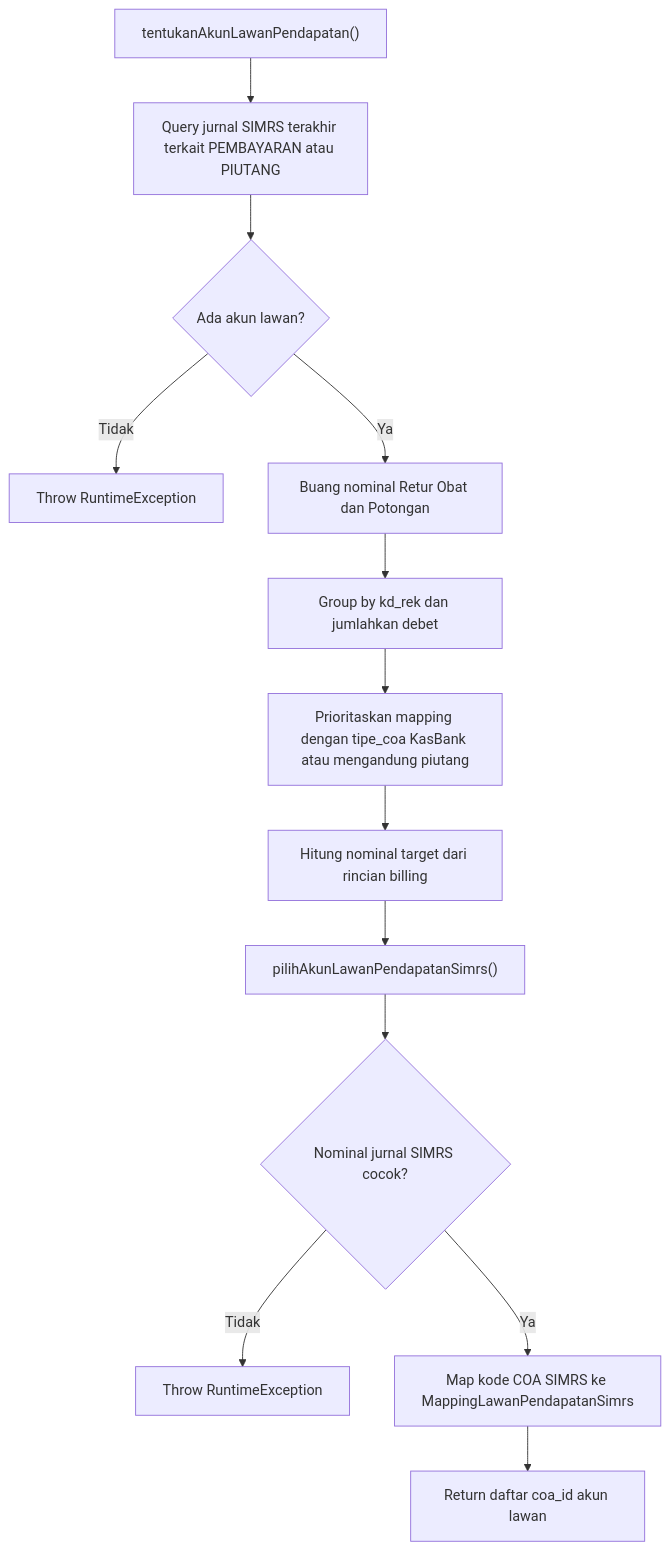
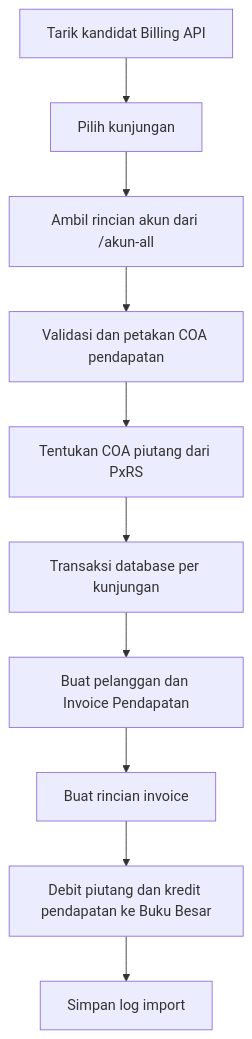
Before and after one commit to AltamaSidoarjo/laravel-siakurat-pt-smt: the diagram in dokumentasi/bridging-pendapatan.md, drawn with Mermaid. The commit also changed other lines of this file and 9 other files, not shown here.

First line of the commit message:
Refactor invoice import functionality and update UI components

````diff
--- a/dokumentasi/bridging-pendapatan.md
+++ b/dokumentasi/bridging-pendapatan.md
@@ -174,15 +28,12 @@
 ```mermaid
 flowchart TD
-    A["tentukanAkunLawanPendapatan()"] --> B["Query jurnal SIMRS terakhir terkait PEMBAYARAN atau PIUTANG"]
-    B --> C{"Ada akun lawan?"}
-    C -- Tidak --> D["Throw RuntimeException"]
-    C -- Ya --> E["Buang nominal Retur Obat dan Potongan"]
-    E --> F["Group by kd_rek dan jumlahkan debet"]
-    F --> G["Prioritaskan mapping dengan tipe_coa KasBank atau mengandung piutang"]
-    G --> H["Hitung nominal target dari rincian billing"]
-    H --> I["pilihAkunLawanPendapatanSimrs()"]
-    I --> J{"Nominal jurnal SIMRS cocok?"}
-    J -- Tidak --> K["Throw RuntimeException"]
-    J -- Ya --> L["Map kode COA SIMRS ke MappingLawanPendapatanSimrs"]
-    L --> M["Return daftar coa_id akun lawan"]
+    A[Tarik kandidat Billing API] --> B[Pilih kunjungan]
+    B --> C[Ambil rincian akun dari /akun-all]
+    C --> D[Validasi dan petakan COA pendapatan]
+    D --> E[Tentukan COA piutang dari PxRS]
+    E --> F[Transaksi database per kunjungan]
+    F --> G[Buat pelanggan dan Invoice Pendapatan]
+    G --> H[Buat rincian invoice]
+    H --> I[Debit piutang dan kredit pendapatan ke Buku Besar]
+    I --> J[Simpan log import]
 ```
````
